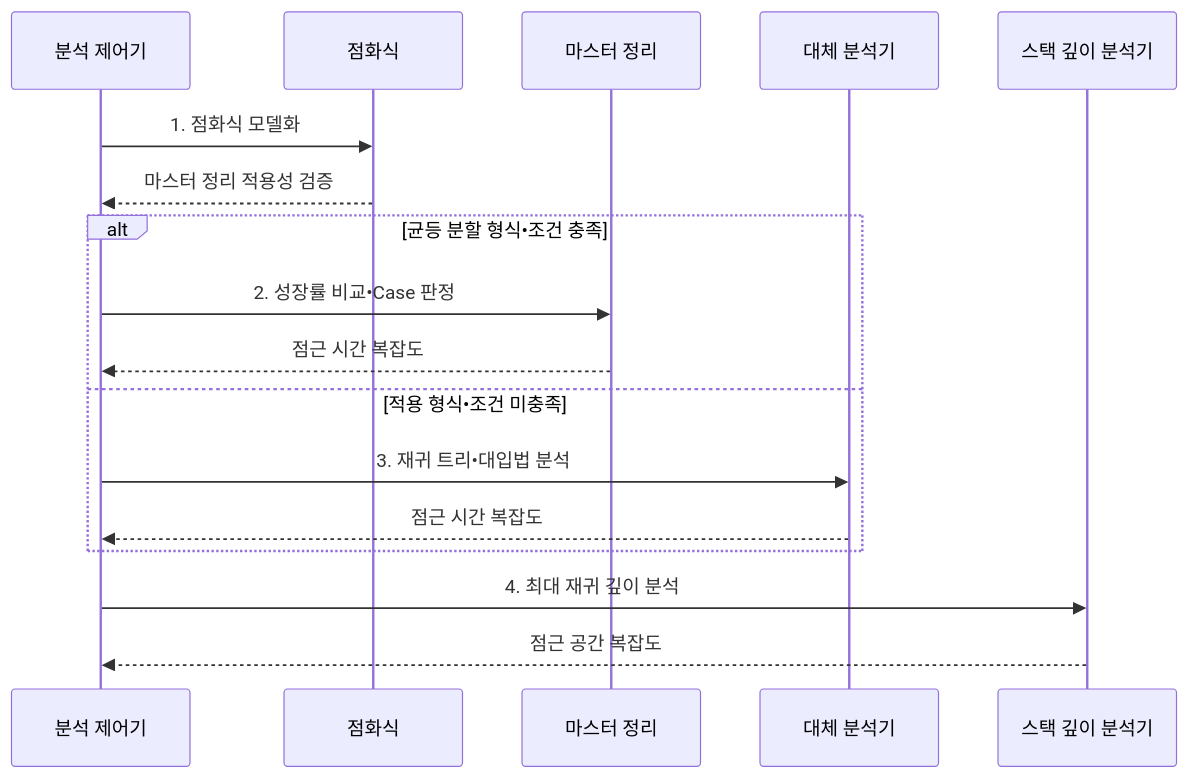
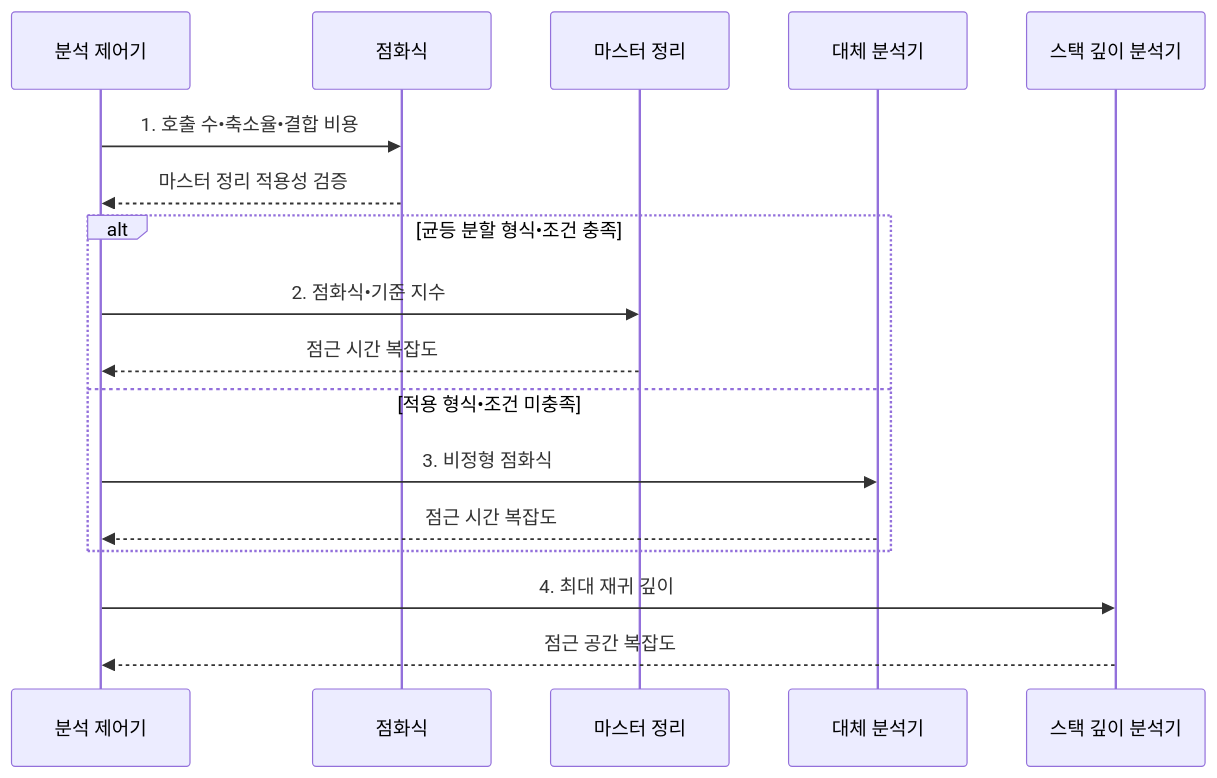
One commit to agnusdei1207/knowledge-base changed the second of 2 diagrams in src/content/docs/notes/01-basic-theory/058_recursive_algo_master.md. Above: the diagram before and after it, drawn with Mermaid. The commit also changed other lines of this file and 5 other files, not shown here.

````diff
--- a/src/content/docs/notes/01-basic-theory/058_recursive_algo_master.md
+++ b/src/content/docs/notes/01-basic-theory/058_recursive_algo_master.md
@@ -85,19 +88,19 @@
 ```mermaid
 sequenceDiagram
     participant C as 분석 제어기
     participant R as 점화식
     participant M as 마스터 정리
     participant A as 대체 분석기
     participant S as 스택 깊이 분석기
-    C->>R: 1. 점화식 모델화
+    C->>R: 1. 호출 수•축소율•결합 비용
     R-->>C: 마스터 정리 적용성 검증
     alt 균등 분할 형식•조건 충족
-        C->>M: 2. 성장률 비교•Case 판정
+        C->>M: 2. 점화식•기준 지수
         M-->>C: 점근 시간 복잡도
     else 적용 형식•조건 미충족
-        C->>A: 3. 재귀 트리•대입법 분석
+        C->>A: 3. 비정형 점화식
         A-->>C: 점근 시간 복잡도
     end
-    C->>S: 4. 최대 재귀 깊이 분석
+    C->>S: 4. 최대 재귀 깊이
     S-->>C: 점근 공간 복잡도
 ```
````
